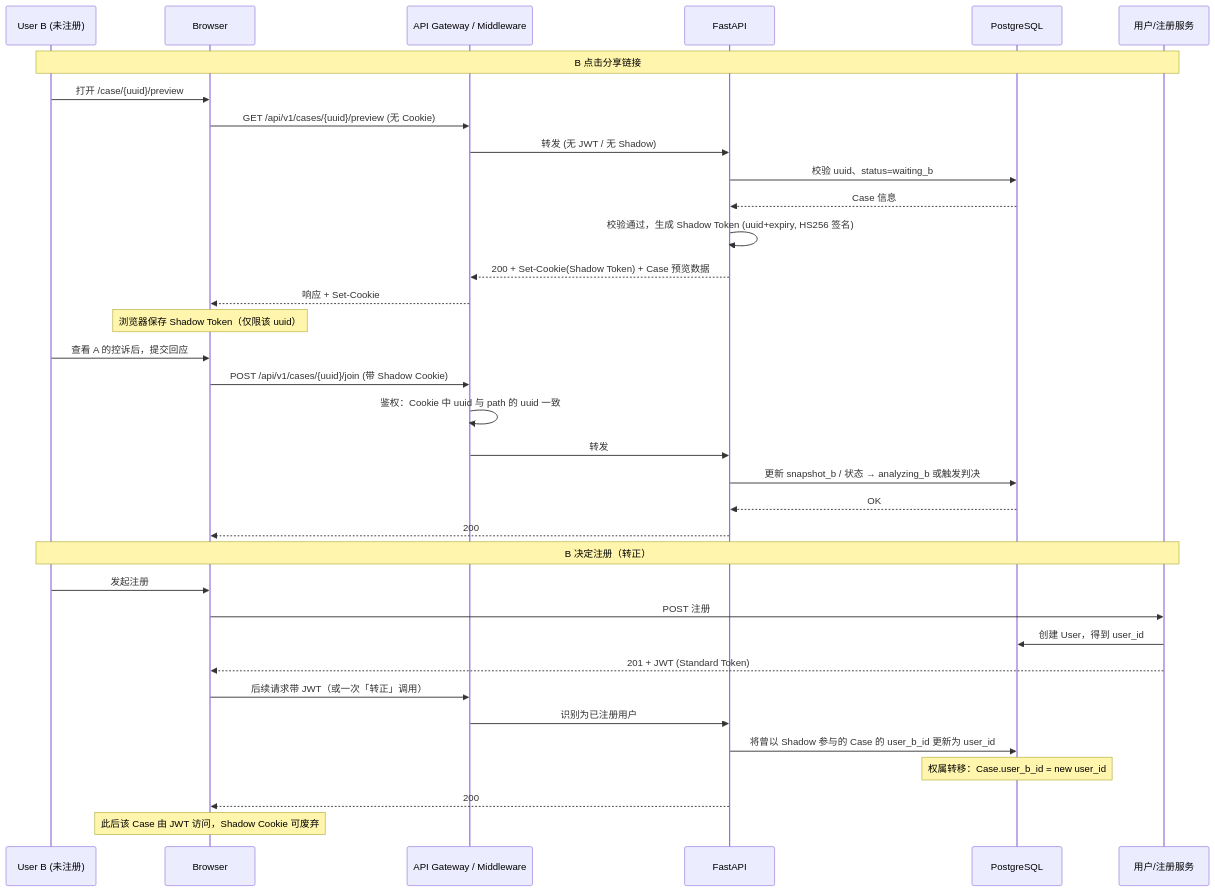
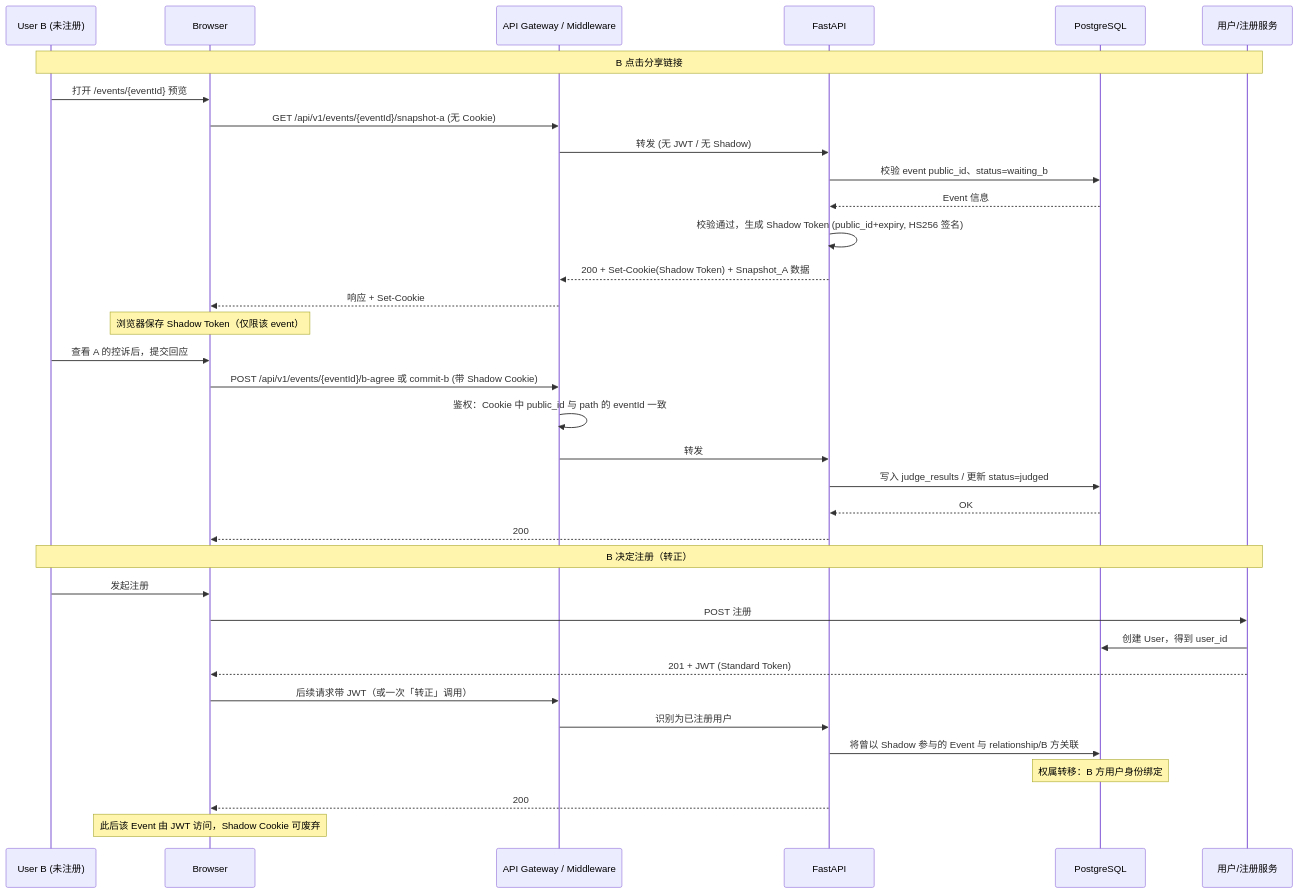
The second of 2 diagrams in docs/LoveMediator_ARCH.md (LoveMediator/Uli), drawn with Mermaid before and after one commit. The commit also changed other lines of this file and 1 other file, not shown here.

````diff
--- a/docs/LoveMediator_ARCH.md
+++ b/docs/LoveMediator_ARCH.md
@@ -697,40 +707,40 @@
 ```mermaid
 sequenceDiagram
     participant B as User B (未注册)
     participant Browser
     participant Gateway as API Gateway / Middleware
     participant API as FastAPI
     participant DB as PostgreSQL
     participant Auth as 用户/注册服务
 
     Note over B,Auth: B 点击分享链接
-    B->>Browser: 打开 /case/{uuid}/preview
-    Browser->>Gateway: GET /api/v1/cases/{uuid}/preview (无 Cookie)
+    B->>Browser: 打开 /events/{eventId} 预览
+    Browser->>Gateway: GET /api/v1/events/{eventId}/snapshot-a (无 Cookie)
     Gateway->>API: 转发 (无 JWT / 无 Shadow)
-    API->>DB: 校验 uuid、status=waiting_b
-    DB-->>API: Case 信息
-    API->>API: 校验通过，生成 Shadow Token (uuid+expiry, HS256 签名)
-    API-->>Gateway: 200 + Set-Cookie(Shadow Token) + Case 预览数据
+    API->>DB: 校验 event public_id、status=waiting_b
+    DB-->>API: Event 信息
+    API->>API: 校验通过，生成 Shadow Token (public_id+expiry, HS256 签名)
+    API-->>Gateway: 200 + Set-Cookie(Shadow Token) + Snapshot_A 数据
     Gateway-->>Browser: 响应 + Set-Cookie
-    Note over Browser: 浏览器保存 Shadow Token（仅限该 uuid）
+    Note over Browser: 浏览器保存 Shadow Token（仅限该 event）
 
     B->>Browser: 查看 A 的控诉后，提交回应
-    Browser->>Gateway: POST /api/v1/cases/{uuid}/join (带 Shadow Cookie)
-    Gateway->>Gateway: 鉴权：Cookie 中 uuid 与 path 的 uuid 一致
+    Browser->>Gateway: POST /api/v1/events/{eventId}/b-agree 或 commit-b (带 Shadow Cookie)
+    Gateway->>Gateway: 鉴权：Cookie 中 public_id 与 path 的 eventId 一致
     Gateway->>API: 转发
-    API->>DB: 更新 snapshot_b / 状态 → analyzing_b 或触发判决
+    API->>DB: 写入 judge_results / 更新 status=judged
     DB-->>API: OK
     API-->>Browser: 200
 
     Note over B,Auth: B 决定注册（转正）
     B->>Browser: 发起注册
     Browser->>Auth: POST 注册
     Auth->>DB: 创建 User，得到 user_id
     Auth-->>Browser: 201 + JWT (Standard Token)
     Browser->>Gateway: 后续请求带 JWT（或一次「转正」调用）
     Gateway->>API: 识别为已注册用户
-    API->>DB: 将曾以 Shadow 参与的 Case 的 user_b_id 更新为 user_id
-    Note over DB: 权属转移：Case.user_b_id = new user_id
+    API->>DB: 将曾以 Shadow 参与的 Event 与 relationship/B 方关联
+    Note over DB: 权属转移：B 方用户身份绑定
     API-->>Browser: 200
-    Note over Browser: 此后该 Case 由 JWT 访问，Shadow Cookie 可废弃
+    Note over Browser: 此后该 Event 由 JWT 访问，Shadow Cookie 可废弃
 ```
````
